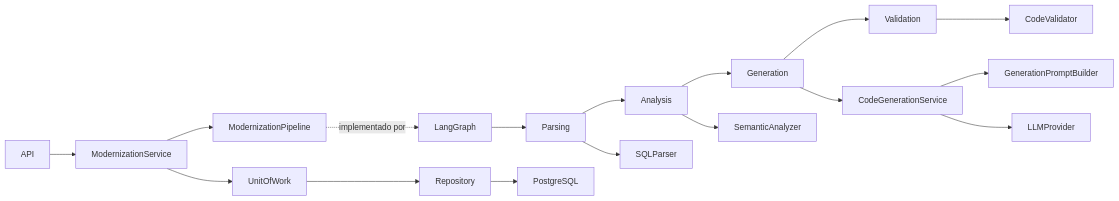
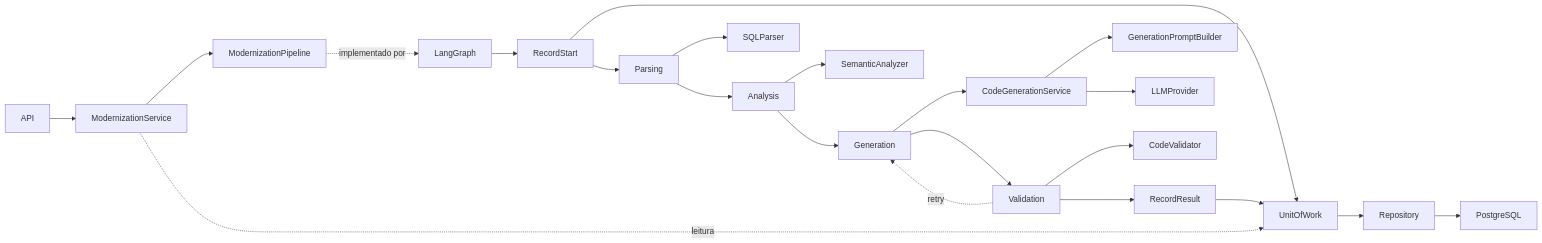
The first of 3 diagrams in README.md (pedro-nuness/desafio-tecnico-sql-python), drawn with Mermaid before and after one commit. The commit also changed other lines of this file and 35 other files, not shown here.

Commit message:
Enhance modernization pipeline with retry logic and feedback mechanism. Added configuration for maximum generation attempts and retry budget. Updated Dockerfile to use LangGraph CLI server. Improved documentation and examples to reflect changes in API and functionality.

````diff
--- a/README.md
+++ b/README.md
@@ -124,21 +144,26 @@
 ```mermaid
 flowchart LR
     API --> ModernizationService
     ModernizationService --> ModernizationPipeline
     ModernizationPipeline -. implementado por .-> LangGraph
-    LangGraph --> Parsing
+    LangGraph --> RecordStart
+    RecordStart --> Parsing
     Parsing --> Analysis
     Analysis --> Generation
     Generation --> Validation
+    Validation -. retry .-> Generation
+    Validation --> RecordResult
 
     Parsing --> SQLParser
     Analysis --> SemanticAnalyzer
     Generation --> CodeGenerationService
     CodeGenerationService --> GenerationPromptBuilder
     CodeGenerationService --> LLMProvider
     Validation --> CodeValidator
 
-    ModernizationService --> UnitOfWork
+    RecordStart --> UnitOfWork
+    RecordResult --> UnitOfWork
+    ModernizationService -. leitura .-> UnitOfWork
     UnitOfWork --> Repository
     Repository --> PostgreSQL
 ```
````
